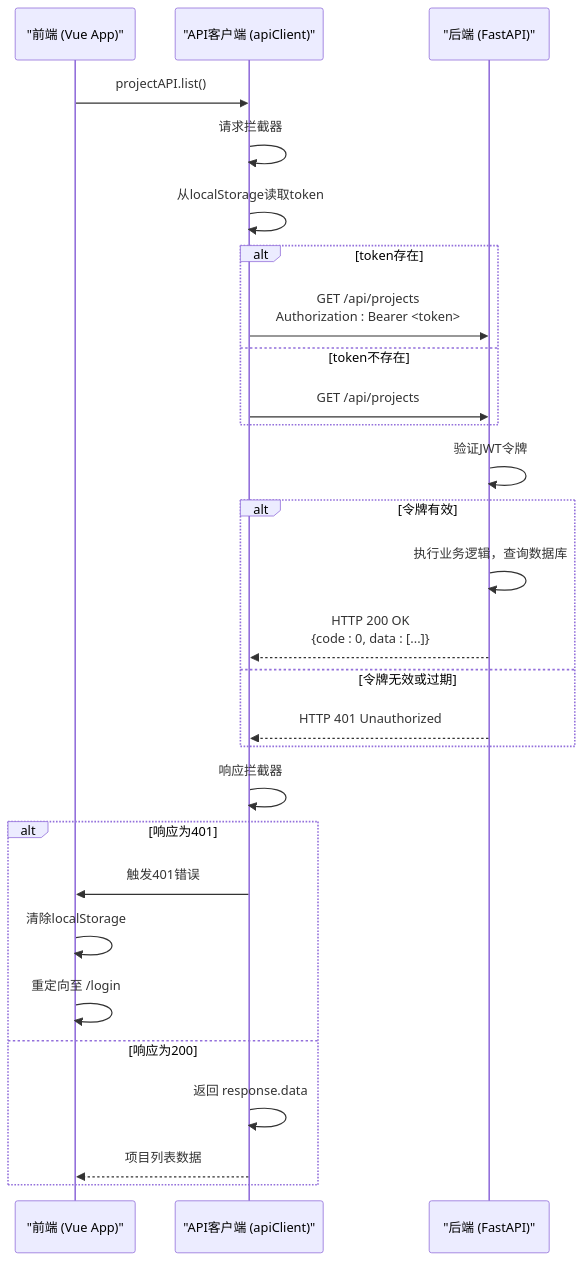
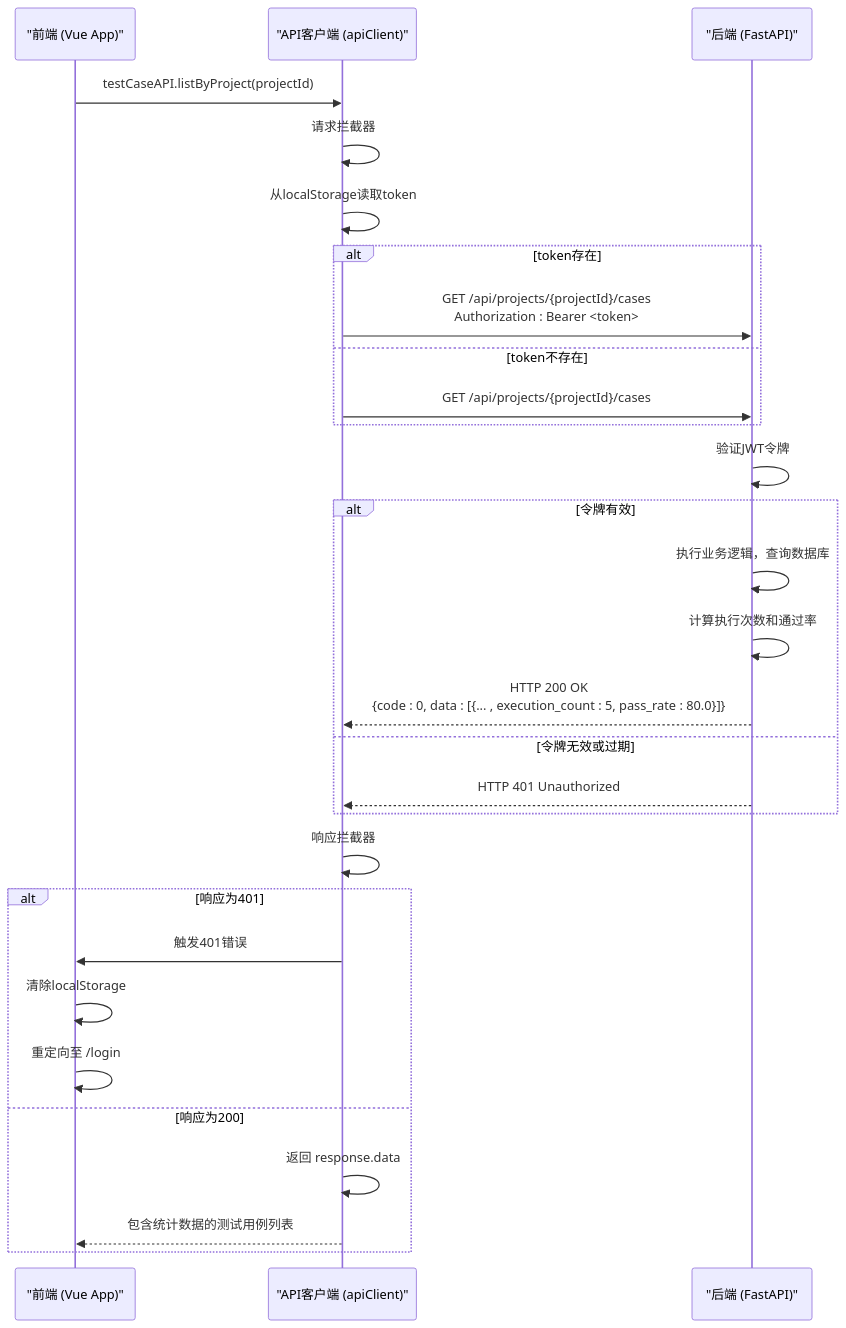
The diagram in .qoder/repowiki/zh/content/前端架构/API客户端与通信.md (aidanguan/testserver), drawn with Mermaid before and after one commit. The commit also changed other lines of this file and 91 other files, not shown here.

````diff
--- a/.qoder/repowiki/zh/content/前端架构/API客户端与通信.md
+++ b/.qoder/repowiki/zh/content/前端架构/API客户端与通信.md
@@ -126,30 +156,31 @@
 ```mermaid
 sequenceDiagram
 participant Frontend as "前端 (Vue App)"
 participant Client as "API客户端 (apiClient)"
 participant Backend as "后端 (FastAPI)"
-Frontend->>Client : projectAPI.list()
+Frontend->>Client : testCaseAPI.listByProject(projectId)
 Client->>Client : 请求拦截器
 Client->>Client : 从localStorage读取token
 alt token存在
-Client->>Backend : GET /api/projects<br/>Authorization : Bearer <token>
+Client->>Backend : GET /api/projects/{projectId}/cases<br/>Authorization : Bearer <token>
 else token不存在
-Client->>Backend : GET /api/projects
+Client->>Backend : GET /api/projects/{projectId}/cases
 end
 Backend->>Backend : 验证JWT令牌
 alt 令牌有效
 Backend->>Backend : 执行业务逻辑，查询数据库
-Backend-->>Client : HTTP 200 OK<br/>{code : 0, data : [...]}
+Backend->>Backend : 计算执行次数和通过率
+Backend-->>Client : HTTP 200 OK<br/>{code : 0, data : [{... , execution_count : 5, pass_rate : 80.0}]}
 else 令牌无效或过期
 Backend-->>Client : HTTP 401 Unauthorized
 end
 Client->>Client : 响应拦截器
 alt 响应为401
 Client->>Frontend : 触发401错误
 Frontend->>Frontend : 清除localStorage
 Frontend->>Frontend : 重定向至 /login
 else 响应为200
 Client->>Client : 返回 response.data
-Client-->>Frontend : 项目列表数据
+Client-->>Frontend : 包含统计数据的测试用例列表
 end
 ```
````
